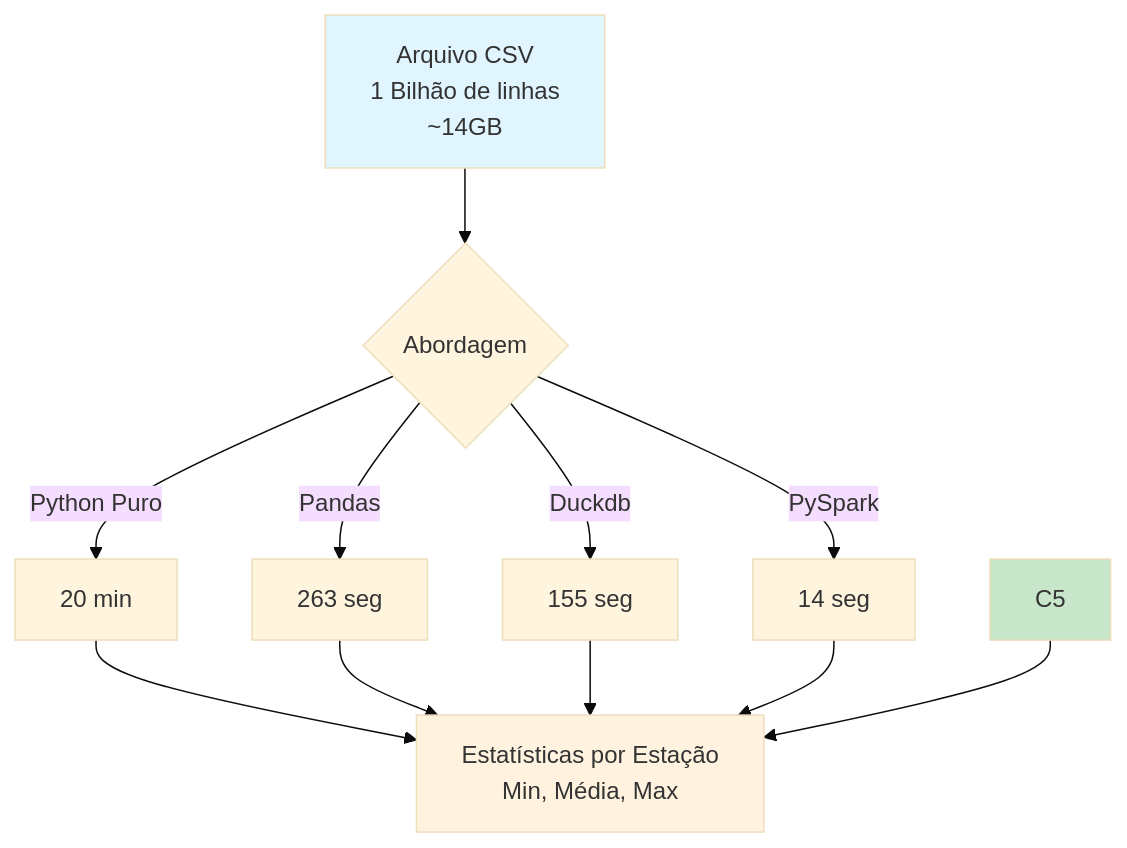
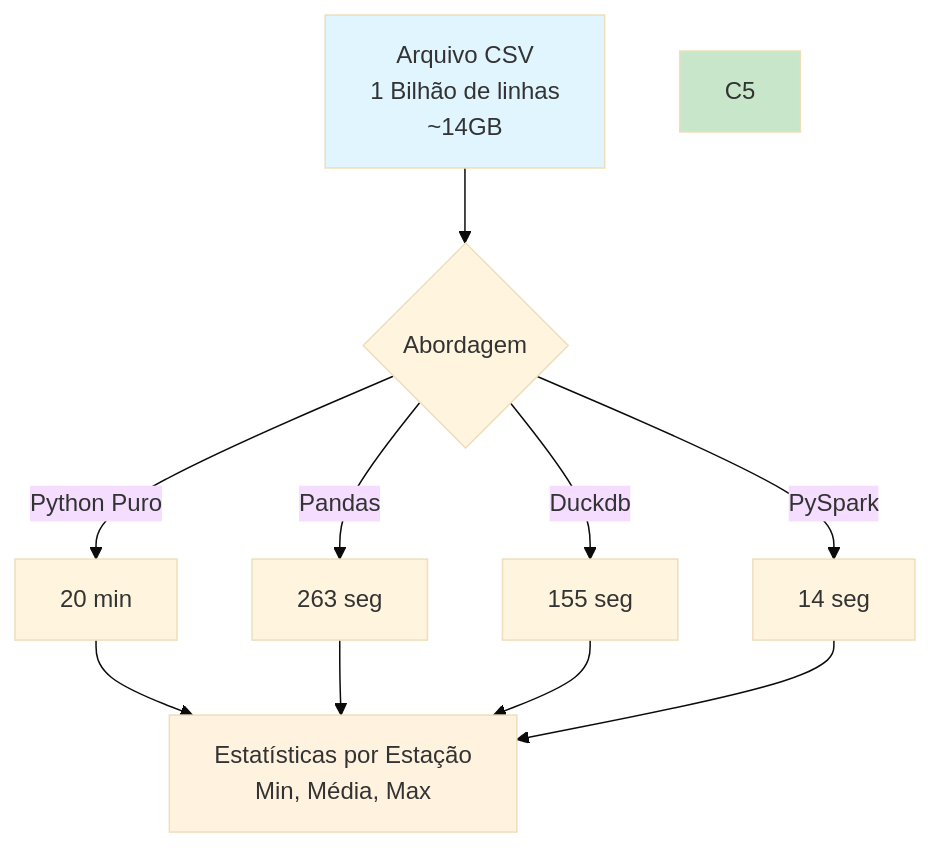
Before and after one commit to Vinicius-Giovanni/ETL-Big-Data-Python: the diagram in README.md, drawn with Mermaid (base theme).

Commit message:
README.md

````diff
--- a/README.md
+++ b/README.md
@@ -19,19 +19,18 @@
 ```mermaid
 graph TD
 A[Arquivo CSV<br/>1 Bilhão de linhas<br/>~14GB] --> B{Abordagem}
 
 B --> |Python Puro| C1[20 min]
 B --> |Pandas| C2[263 seg]
 B --> |Duckdb| C3[155 seg]
 B --> |PySpark| C4[14 seg]
 
 C1 --> D[Estatísticas por Estação<br/>Min, Média, Max]
 C2 --> D
 C3 --> D
 C4 --> D
-C5 --> D
 
 style A fill:#e1f5ff
 style C5 fill:#c8e6c9
 style D fill:#fff3e0
 ```
````
